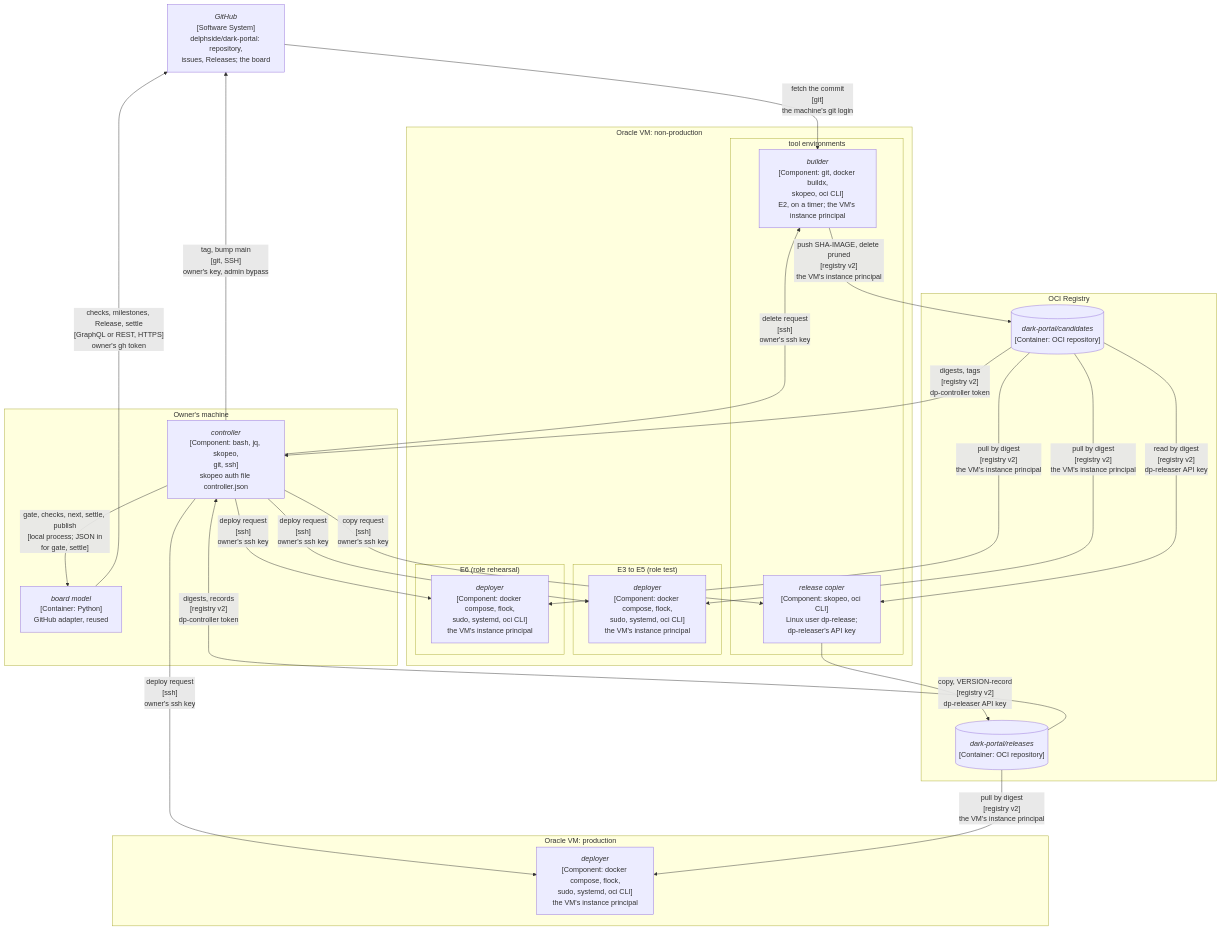
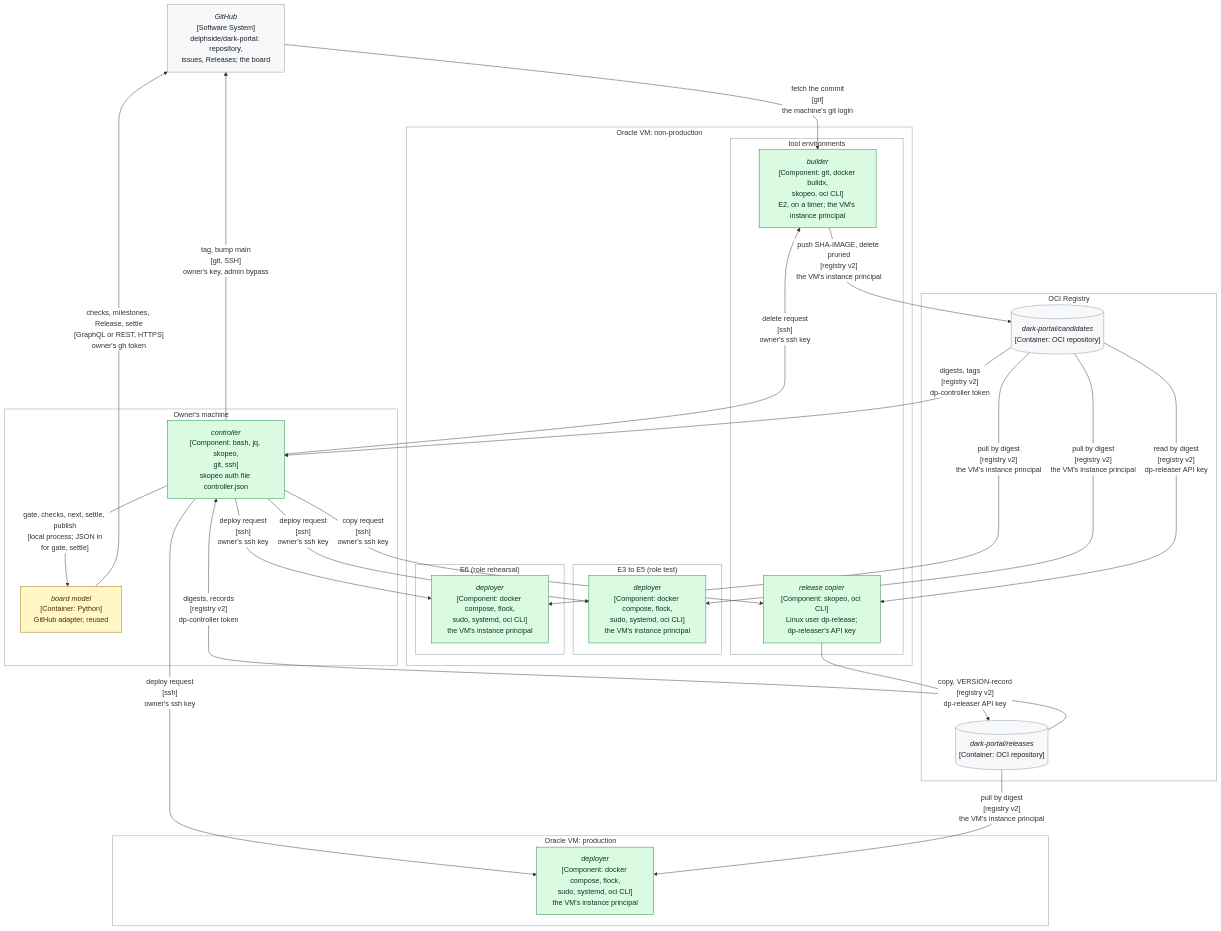
One commit to delphside/programme changed the fourth of 7 diagrams in records/2.5-changes/programme-tooling/117-generic-deliver-tool/design.md. Above: the diagram before and after it, drawn with Mermaid. The commit also changed other lines of this file, not shown here.

````diff
--- a/records/2.5-changes/programme-tooling/117-generic-deliver-tool/design.md
+++ b/records/2.5-changes/programme-tooling/117-generic-deliver-tool/design.md
@@ -247,44 +414,51 @@
 ```mermaid
+%%{init: {"themeVariables": {"clusterBkg": "#ffffff", "clusterBorder": "#8c959f", "edgeLabelBackground": "#ffffff"}}}%%
 flowchart TB
   GH["<i>GitHub</i><br>[Software System]<br>delphside/dark-portal: repository,<br>issues, Releases; the board"]
   subgraph OWNER["Owner's machine"]
     CTL["<i>controller</i><br>[Component: bash, jq, skopeo,<br>git, ssh]<br>skopeo auth file controller.json"]
     BM["<i>board model</i><br>[Container: Python]<br>GitHub adapter, reused"]
   end
   subgraph OCIR["OCI Registry"]
     CAND[("<i>dark-portal/candidates</i><br>[Container: OCI repository]")]
     REL[("<i>dark-portal/releases</i><br>[Container: OCI repository]")]
   end
   subgraph NONPROD["Oracle VM: non-production"]
     subgraph TOOLS["tool environments"]
       BLD["<i>builder</i><br>[Component: git, docker buildx,<br>skopeo, oci CLI]<br>E2, on a timer; the VM's instance principal"]
       COPY["<i>release copier</i><br>[Component: skopeo, oci CLI]<br>Linux user dp-release;<br>dp-releaser's API key"]
     end
     subgraph TEST["E3 to E5 (role test)"]
       DEPT["<i>deployer</i><br>[Component: docker compose, flock,<br>sudo, systemd, oci CLI]<br>the VM's instance principal"]
     end
     subgraph REH["E6 (role rehearsal)"]
       DEPR["<i>deployer</i><br>[Component: docker compose, flock,<br>sudo, systemd, oci CLI]<br>the VM's instance principal"]
     end
   end
   subgraph PRODVM["Oracle VM: production"]
     DEPX["<i>deployer</i><br>[Component: docker compose, flock,<br>sudo, systemd, oci CLI]<br>the VM's instance principal"]
   end
   GH -->|"fetch the commit<br>[git]<br>the machine's git login"| BLD
   CTL -->|"gate, checks, next, settle, publish<br>[local process; JSON in<br>for gate, settle]"| BM
   BM -->|"checks, milestones, Release, settle<br>[GraphQL or REST, HTTPS]<br>owner's gh token"| GH
   CTL -->|"tag, bump main<br>[git, SSH]<br>owner's key, admin bypass"| GH
   BLD -->|"push SHA-IMAGE, delete pruned<br>[registry v2]<br>the VM's instance principal"| CAND
   CAND -->|"digests, tags<br>[registry v2]<br>dp-controller token"| CTL
   REL -->|"digests, records<br>[registry v2]<br>dp-controller token"| CTL
   CTL -->|"delete request<br>[ssh]<br>owner's ssh key"| BLD
   CTL -->|"copy request<br>[ssh]<br>owner's ssh key"| COPY
   CAND -->|"read by digest<br>[registry v2]<br>dp-releaser API key"| COPY
   COPY -->|"copy, VERSION-record<br>[registry v2]<br>dp-releaser API key"| REL
   CTL -->|"deploy request<br>[ssh]<br>owner's ssh key"| DEPT
   CTL -->|"deploy request<br>[ssh]<br>owner's ssh key"| DEPR
   CTL -->|"deploy request<br>[ssh]<br>owner's ssh key"| DEPX
   CAND -->|"pull by digest<br>[registry v2]<br>the VM's instance principal"| DEPT
   CAND -->|"pull by digest<br>[registry v2]<br>the VM's instance principal"| DEPR
   REL -->|"pull by digest<br>[registry v2]<br>the VM's instance principal"| DEPX
+  classDef unchanged    fill:#f6f8fa,stroke:#8c959f,color:#1f2328
+  classDef new          fill:#dafbe1,stroke:#1a7f37,color:#0a3622
+  classDef changed      fill:#fff8c5,stroke:#9a6700,color:#4d2d00
+  class CTL,BLD,COPY,DEPT,DEPR,DEPX new
+  class BM changed
+  class GH,CAND,REL unchanged
 ```
````
